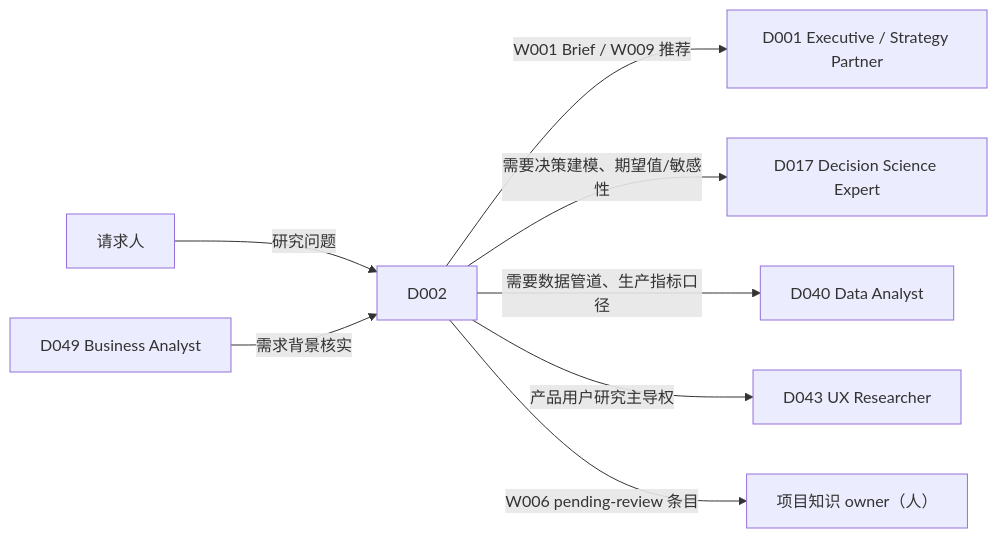
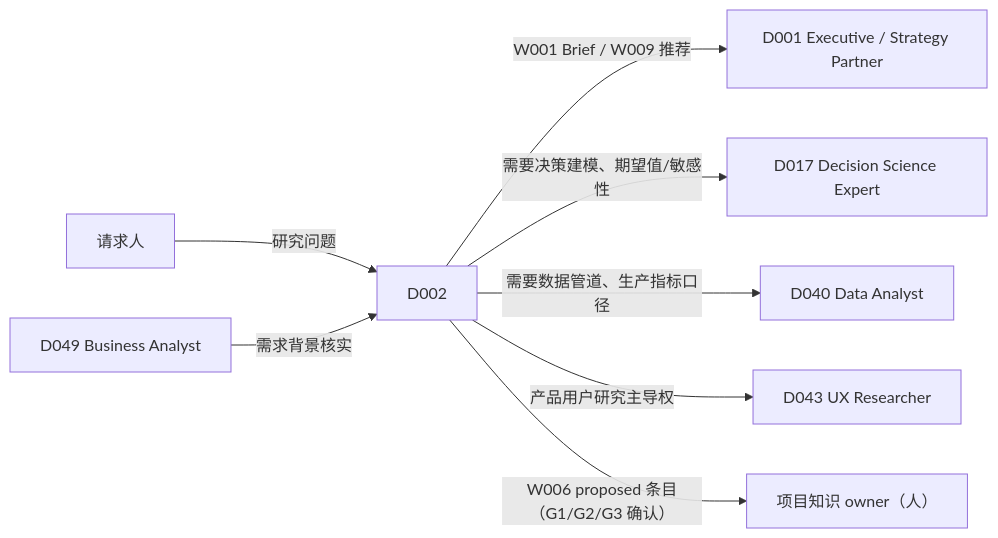
The diagram in requirements/work-stack-v2/digital-humans/D002-research-knowledge-analyst.md (boardx/workspacex), drawn with Mermaid before and after one commit. The commit also changed other lines of this file and 45 other files, not shown here.

````diff
--- a/requirements/work-stack-v2/digital-humans/D002-research-knowledge-analyst.md
+++ b/requirements/work-stack-v2/digital-humans/D002-research-knowledge-analyst.md
@@ -91,10 +90,10 @@
 ```mermaid
 flowchart LR
   U[请求人] -->|研究问题| D002
   D002 -->|W001 Brief / W009 推荐| D001[D001 Executive / Strategy Partner]
   D002 -->|需要决策建模、期望值/敏感性| D017[D017 Decision Science Expert]
   D002 -->|需要数据管道、生产指标口径| D040[D040 Data Analyst]
   D002 -->|产品用户研究主导权| D043[D043 UX Researcher]
   D049[D049 Business Analyst] -->|需求背景核实| D002
-  D002 -->|W006 pending-review 条目| KO[项目知识 owner（人）]
+  D002 -->|W006 proposed 条目（G1/G2/G3 确认）| KO[项目知识 owner（人）]
 ```
````
